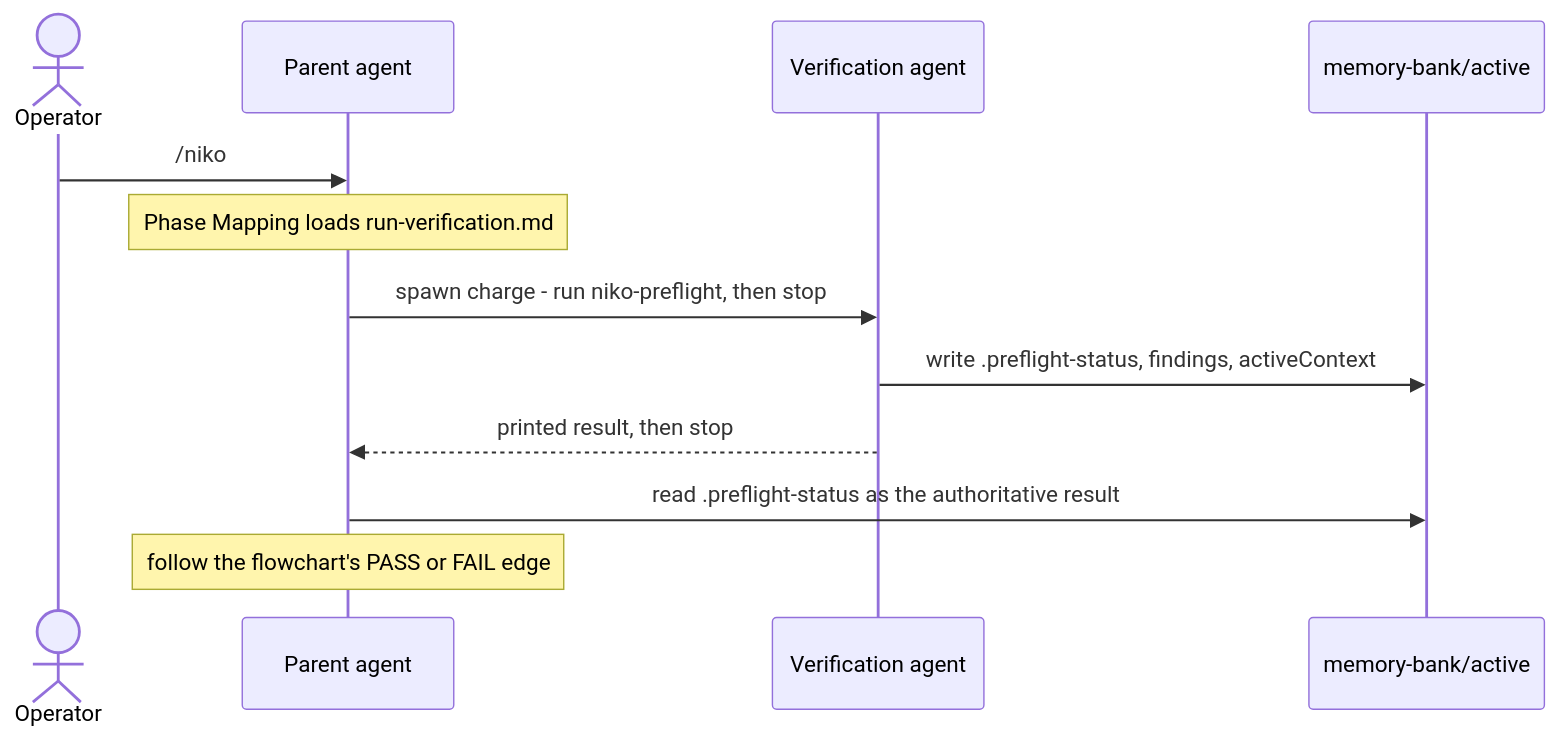
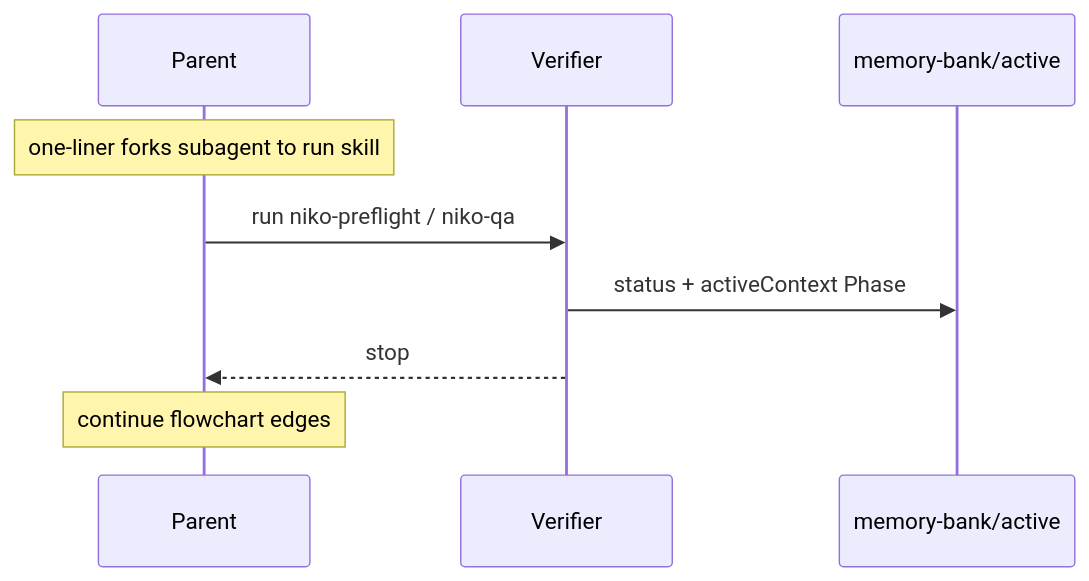
The diagram in memory-bank/active/tasks.md (Texarkanine/.cursor-rules), drawn with Mermaid before and after one commit. The commit also changed other lines of this file and 3 other files, not shown here.

Commit message:
chore: amend plan — drop run-verification.md for fork one-liner

````diff
--- a/memory-bank/active/tasks.md
+++ b/memory-bank/active/tasks.md
@@ -15,15 +22,12 @@
 ```mermaid
 sequenceDiagram
-    actor Op as Operator
-    participant P as Parent agent
-    participant V as Verification agent
+    participant P as Parent
+    participant V as Verifier
     participant MB as memory-bank/active
 
-    Op->>P: /niko
-    Note over P: Phase Mapping loads run-verification.md
-    P->>V: spawn charge - run niko-preflight, then stop
-    V->>MB: write .preflight-status, findings, activeContext
-    V-->>P: printed result, then stop
-    P->>MB: read .preflight-status as the authoritative result
-    Note over P: follow the flowchart's PASS or FAIL edge
+    Note over P: one-liner forks subagent to run skill
+    P->>V: run niko-preflight / niko-qa
+    V->>MB: status + activeContext Phase
+    V-->>P: stop
+    Note over P: continue flowchart edges
 ```
````
